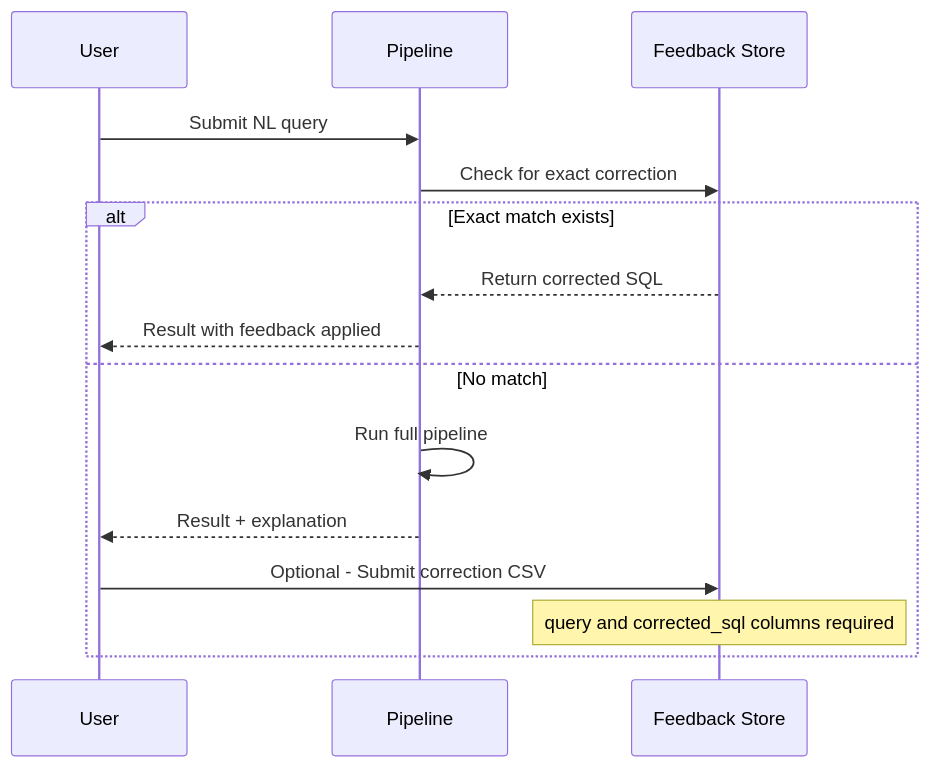
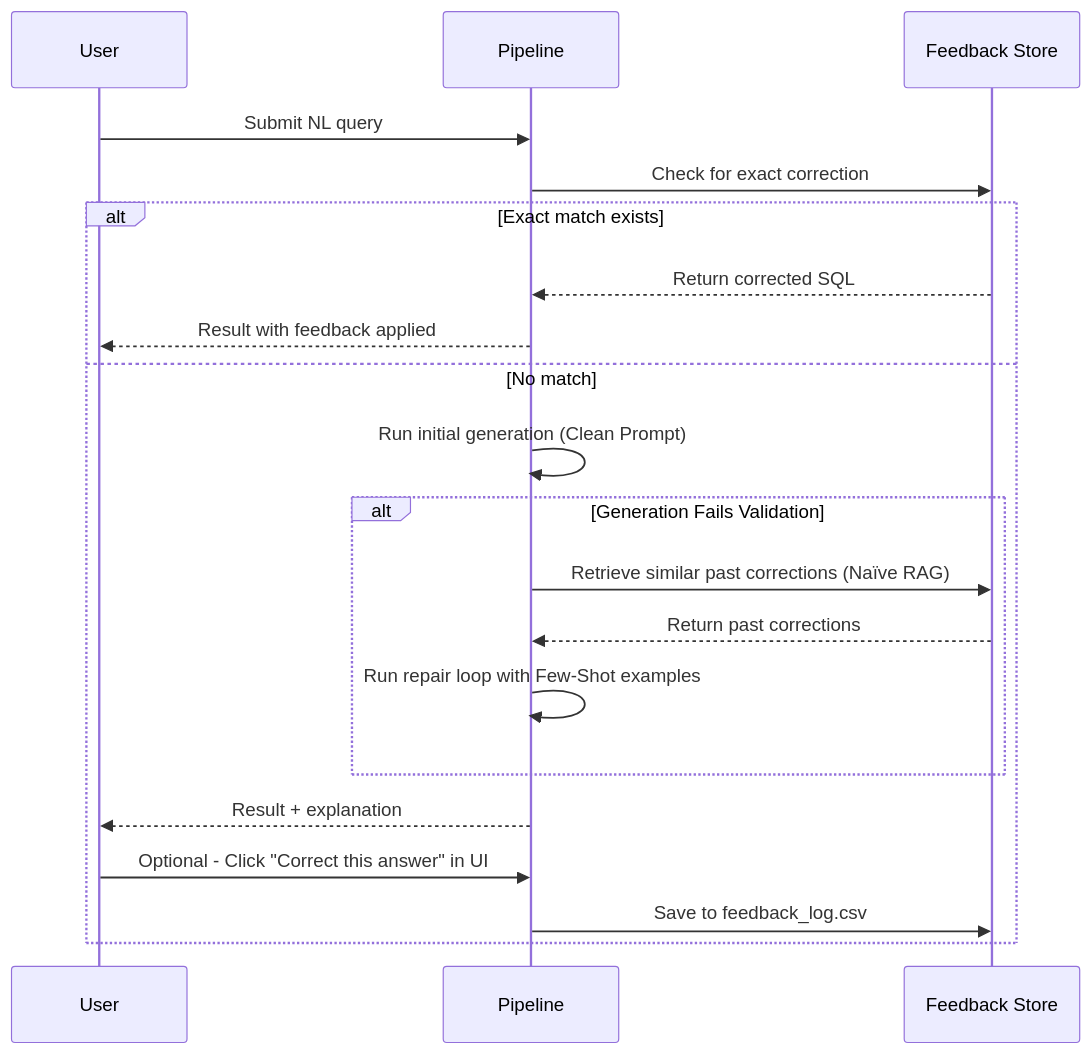
One commit to mudgalma/text-to-sql-2 changed the fourth of 4 diagrams in README.md. Above: the diagram before and after it, drawn with Mermaid. The commit also changed other lines of this file, not shown here.

Commit message:
docs: document feedback UI and naïve RAG retry loop

````diff
--- a/README.md
+++ b/README.md
@@ -485,18 +499,23 @@
 ```mermaid
 sequenceDiagram
     participant U as User
     participant P as Pipeline
     participant F as Feedback Store
 
     U->>P: Submit NL query
     P->>F: Check for exact correction
     alt Exact match exists
         F-->>P: Return corrected SQL
         P-->>U: Result with feedback applied
     else No match
-        P->>P: Run full pipeline
+        P->>P: Run initial generation (Clean Prompt)
+        alt Generation Fails Validation
+            P->>F: Retrieve similar past corrections (Naïve RAG)
+            F-->>P: Return past corrections
+            P->>P: Run repair loop with Few-Shot examples
+        end
         P-->>U: Result + explanation
-        U->>F: Optional - Submit correction CSV
-        Note over F: query and corrected_sql columns required
+        U->>P: Optional - Click "Correct this answer" in UI
+        P->>F: Save to feedback_log.csv
     end
 ```
````
